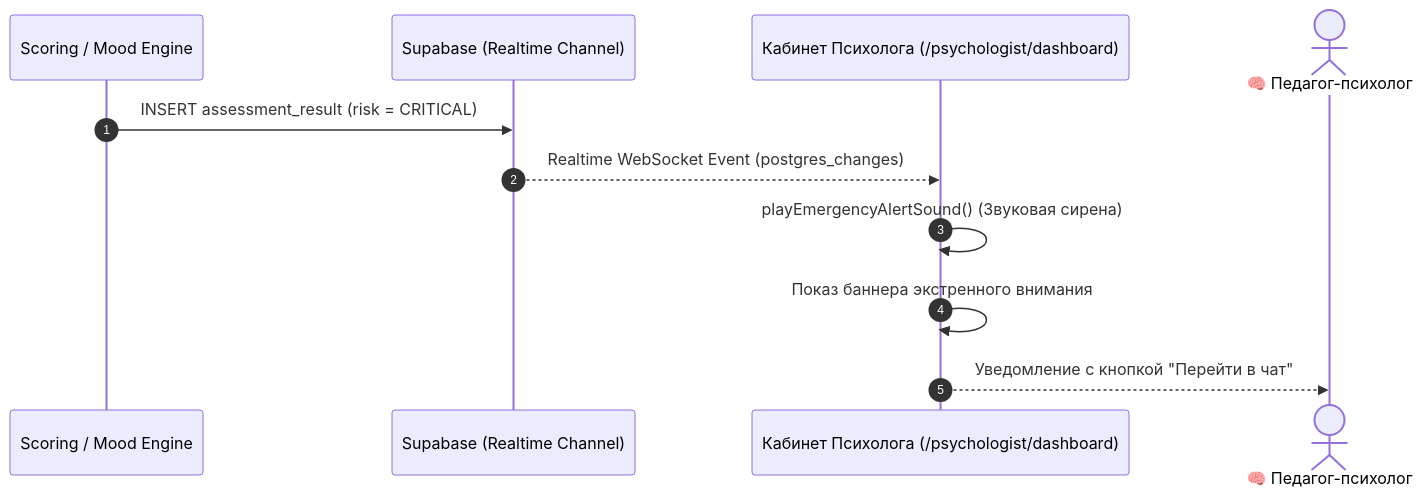
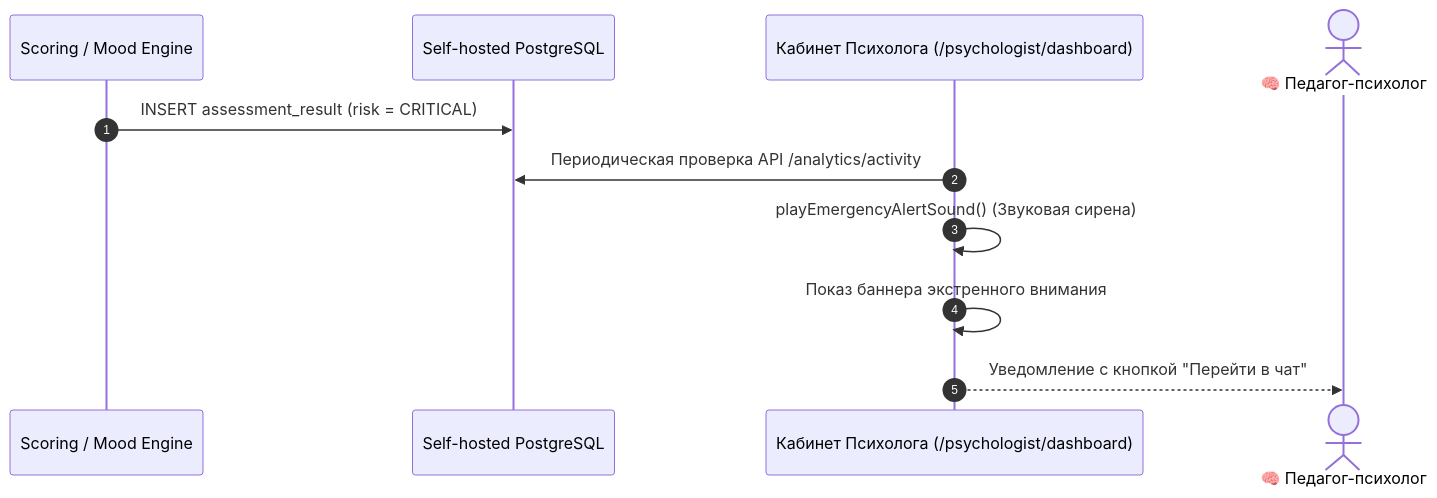
One commit to kl1lng/Psychology changed the fifth of 6 diagrams in docs/PROJECT_ARCHITECTURE.md. Above: the diagram before and after it, drawn with Mermaid. The commit also changed other lines of this file and 118 other files, not shown here.

Commit message:
Prepare AISezim 2.0 self-hosted deployment

````diff
--- a/docs/PROJECT_ARCHITECTURE.md
+++ b/docs/PROJECT_ARCHITECTURE.md
@@ -198,14 +200,14 @@
 ```mermaid
 sequenceDiagram
     autonumber
     participant Engine as Scoring / Mood Engine
-    participant DB as Supabase (Realtime Channel)
+    participant DB as Self-hosted PostgreSQL
     participant PsychUI as Кабинет Психолога (/psychologist/dashboard)
     actor Psych as 🧠 Педагог-психолог
 
     Engine->>DB: INSERT assessment_result (risk = CRITICAL)
-    DB-->>PsychUI: Realtime WebSocket Event (postgres_changes)
+    PsychUI->>DB: Периодическая проверка API /analytics/activity
     PsychUI->>PsychUI: playEmergencyAlertSound() (Звуковая сирена)
     PsychUI->>PsychUI: Показ баннера экстренного внимания
     PsychUI-->>Psych: Уведомление с кнопкой "Перейти в чат"
 ```
````
